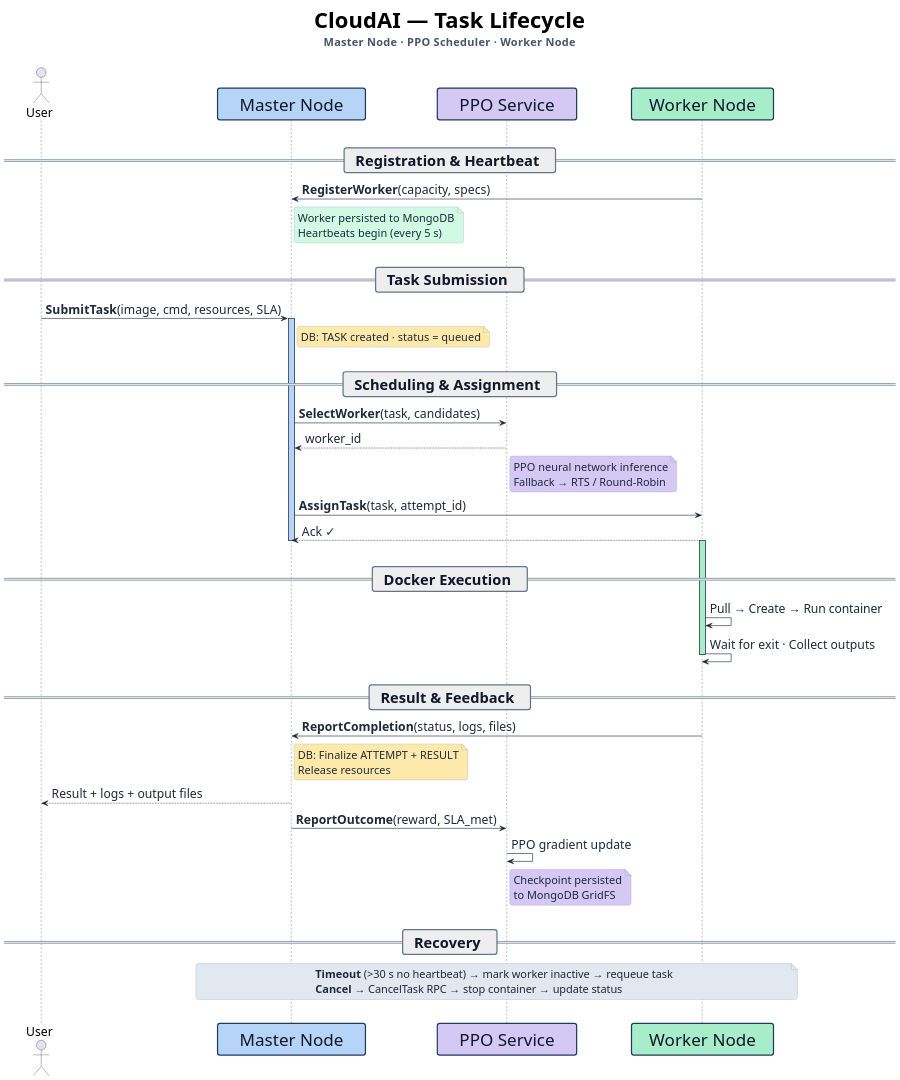
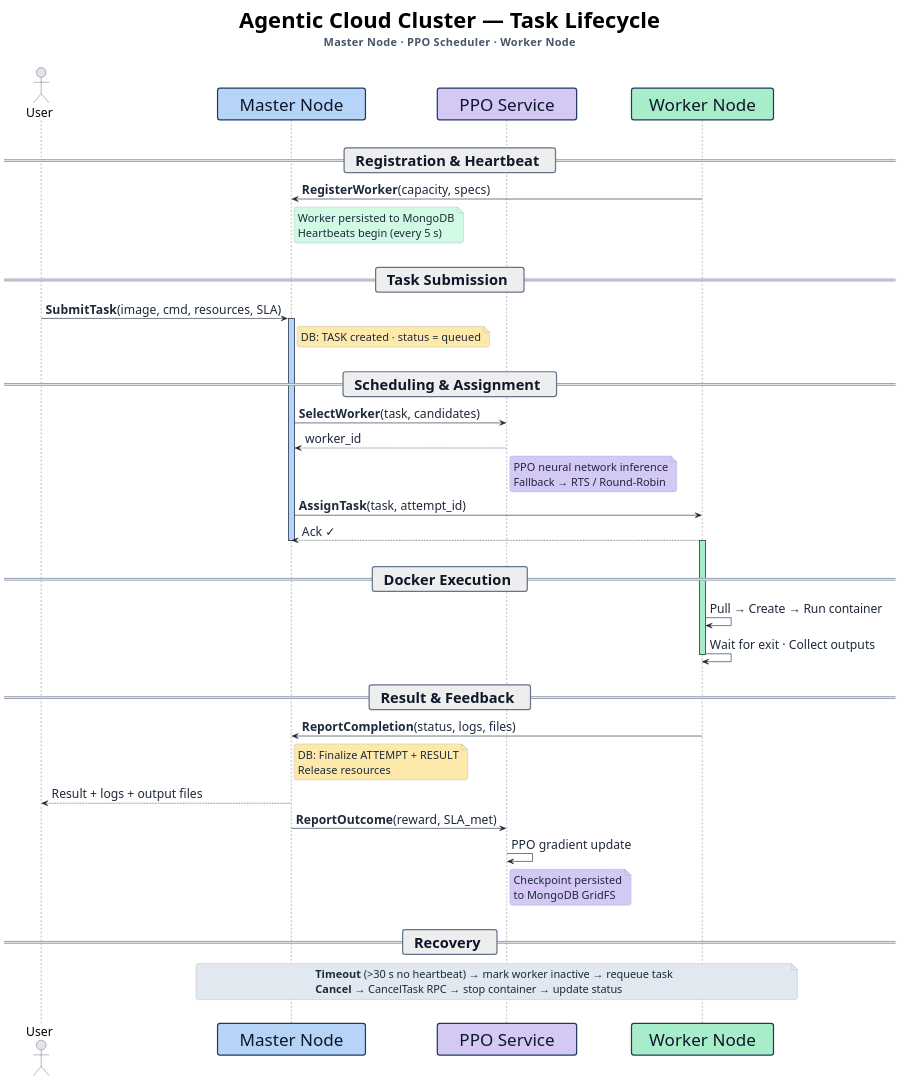
Before and after one commit to Codesmith28/Agentic-Cloud-Cluster: the diagram in diagrams/task_lifecycle_sequence.puml, drawn with PlantUML. The commit also changed 491 other files, not shown here.

Commit message:
chore: purge remaining CloudAI references and standardize on Agentic Cloud Cluster

```diff
--- a/diagrams/task_lifecycle_sequence.puml
+++ b/diagrams/task_lifecycle_sequence.puml
@@ -1,107 +1,107 @@
 @startuml
 
 ' ══════════════════════════════════════════════════════════════════════════════
-'  CloudAI Task Lifecycle — Presentation Sequence Diagram
+'  Agentic Cloud Cluster Task Lifecycle — Presentation Sequence Diagram
 '  Designed for 16:9 slides · Clean · Large fonts · Minimal clutter
 ' ══════════════════════════════════════════════════════════════════════════════
 
 skinparam backgroundColor #FFFFFF
 skinparam shadowing false
 skinparam dpi 150
 skinparam defaultFontName Arial
 skinparam defaultFontSize 20
 skinparam roundCorner 8
 
 skinparam sequence {
     ArrowColor #1E293B
     ArrowFontSize 20
     ArrowFontColor #1E293B
     LifeLineBorderColor #1E293B
     LifeLineBackgroundColor #94A3B8
     LifeLineBorderThickness 3
     ParticipantBorderThickness 2
     ParticipantBorderColor #1E3A5F
     ParticipantFontSize 28
     ParticipantFontColor #0F172A
     ParticipantPadding 40
     DividerBorderColor #64748B
     DividerBorderThickness 2
     DividerFontColor #0F172A
     DividerFontSize 24
     GroupBorderColor #64748B
     GroupHeaderFontSize 20
     GroupFontColor #334155
 }
 
 skinparam note {
     BorderColor #94A3B8
     BackgroundColor #F1F5F9
     FontSize 18
     FontColor #1E293B
 }
 
-title <size:36><b>CloudAI — Task Lifecycle</b></size>\n<size:18><color:#475569>Master Node  ·  PPO Scheduler  ·  Worker Node</color></size>\n
+title <size:36><b>Agentic Cloud Cluster — Task Lifecycle</b></size>\n<size:18><color:#475569>Master Node  ·  PPO Scheduler  ·  Worker Node</color></size>\n
 
 actor "      User      " as U
 participant "    Master Node    " as M #B6D4F7
 participant "    PPO Service    " as P #D4C8F5
 participant "   Worker Node   " as W #A7EDCA
 
 |||
 
 == <b>  Registration & Heartbeat  </b> ==
 
 W -> M : **RegisterWorker**(capacity, specs)
 note right of M #D1FAE5 : Worker persisted to MongoDB\nHeartbeats begin (every 5 s)
 
 |||
 
 == <b>  Task Submission  </b> ==
 
 U -> M : **SubmitTask**(image, cmd, resources, SLA)
 note right of M #FDEAAB : DB: TASK created · status = queued
 
 |||
 
 == <b>  Scheduling & Assignment  </b> ==
 
 activate M #B6D4F7
 M -> P : **SelectWorker**(task, candidates)
 P --> M : worker_id
 note right of P #D4C8F5 : PPO neural network inference\nFallback → RTS / Round-Robin
 M -> W : **AssignTask**(task, attempt_id)
 W --> M : Ack ✓
 deactivate M
 
 |||
 
 == <b>  Docker Execution  </b> ==
 
 activate W #A7EDCA
 W -> W : Pull → Create → Run container
 W -> W : Wait for exit · Collect outputs
 deactivate W
 
 |||
 
 == <b>  Result & Feedback  </b> ==
 
 W -> M : **ReportCompletion**(status, logs, files)
 note right of M #FDEAAB : DB: Finalize ATTEMPT + RESULT\nRelease resources
 M --> U : Result + logs + output files
 M -> P : **ReportOutcome**(reward, SLA_met)
 P -> P : PPO gradient update
 note right of P #D4C8F5 : Checkpoint persisted\nto MongoDB GridFS
 
 |||
 
 == <b>  Recovery  </b> ==
 
 note over M, W #E2E8F0
   **Timeout** (>30 s no heartbeat) → mark worker inactive → requeue task
   **Cancel** → CancelTask RPC → stop container → update status
 end note
 
 |||
 
 @enduml
```
